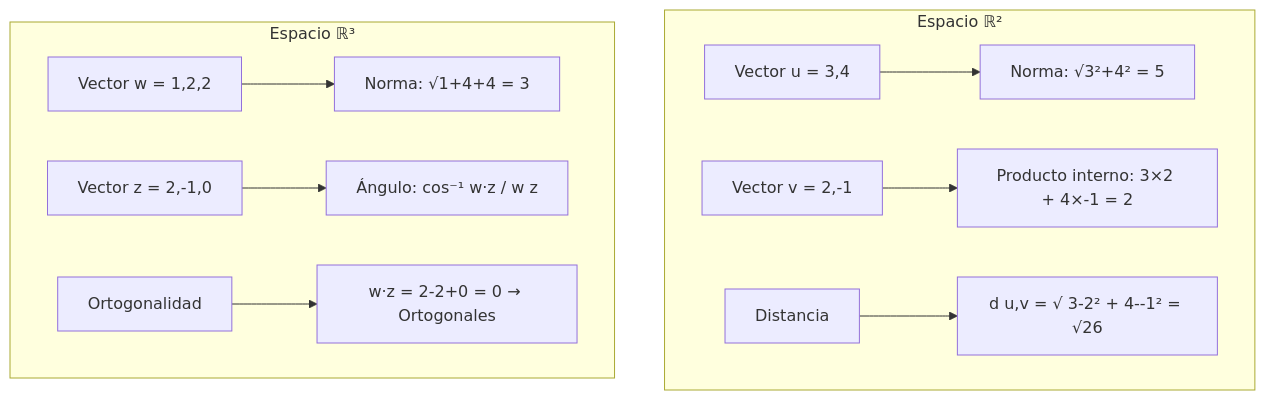
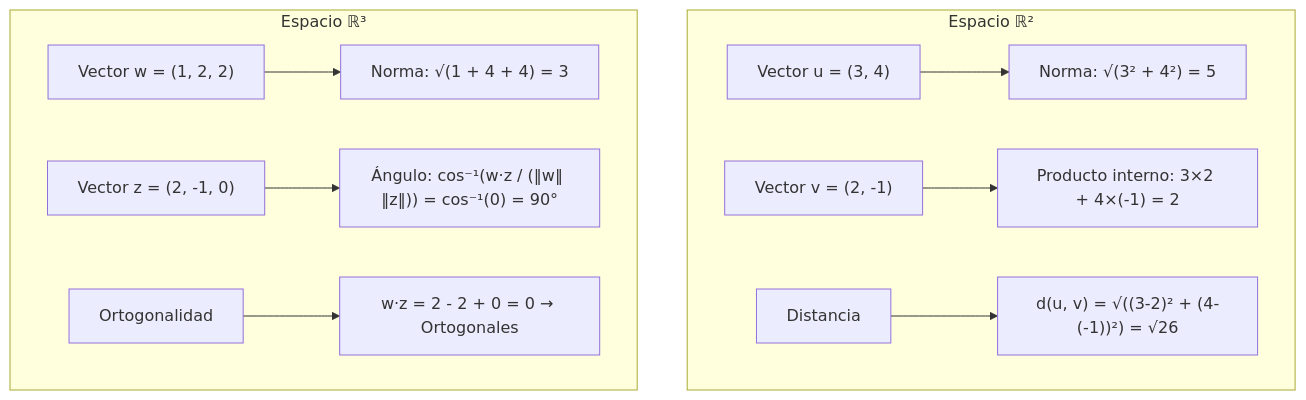
Before and after one commit to djaimej/computer-science-template: the second of 2 diagrams in public/documents/semester-2/4/2412.md, drawn with Mermaid. The commit also changed other lines of this file and 20 other files, not shown here.

````diff
--- a/public/documents/semester-2/4/2412.md
+++ b/public/documents/semester-2/4/2412.md
@@ -173,14 +173,14 @@
 ```mermaid
 graph TD
     subgraph "Espacio ℝ²"
-        A[Vector u = 3,4] --> B[Norma: √3²+4² = 5]
-        C[Vector v = 2,-1] --> D[Producto interno: 3×2 + 4×-1 = 2]
-        E[Distancia] --> F[d u,v = √ 3-2² + 4--1² = √26]
+        A["Vector u = (3, 4)"] --> B["Norma: √(3² + 4²) = 5"]
+        C["Vector v = (2, -1)"] --> D["Producto interno: 3×2 + 4×(-1) = 2"]
+        E[Distancia] --> F["d(u, v) = √((3-2)² + (4-(-1))²) = √26"]
     end
 
     subgraph "Espacio ℝ³"
-        G[Vector w = 1,2,2] --> H[Norma: √1+4+4 = 3]
-        I[Vector z = 2,-1,0] --> J[Ángulo: cos⁻¹ w·z / w z ]
-        K[Ortogonalidad] --> L[w·z = 2-2+0 = 0 → Ortogonales]
+        G["Vector w = (1, 2, 2)"] --> H["Norma: √(1 + 4 + 4) = 3"]
+        I["Vector z = (2, -1, 0)"] --> J["Ángulo: cos⁻¹(w·z / (‖w‖ ‖z‖)) = cos⁻¹(0) = 90°"]
+        K[Ortogonalidad] --> L["w·z = 2 - 2 + 0 = 0 → Ortogonales"]
     end
 ```
````
